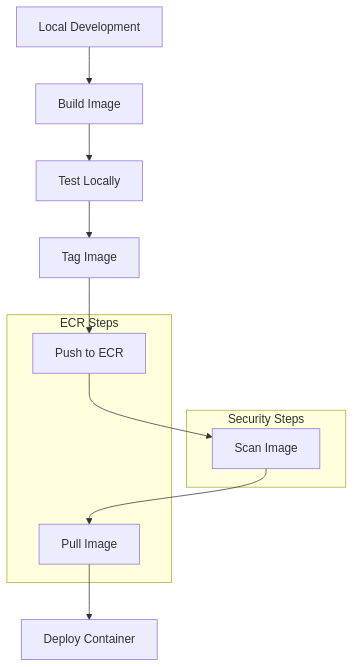
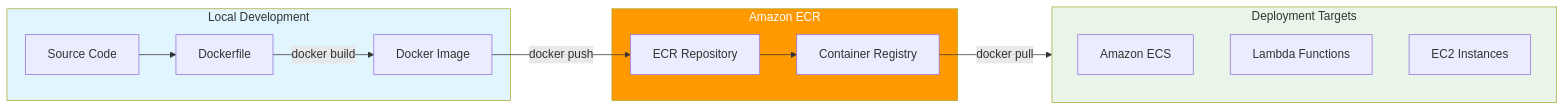
One commit to superluminar-io/aws-modular-workshop changed the diagram in docs/labs/lab_240_ecr_docker_basics/0_intro.md. Above: the diagram before and after it, drawn with Mermaid. The commit also changed other lines of this file and 36 other files, not shown here.

````diff
--- a/docs/labs/lab_240_ecr_docker_basics/0_intro.md
+++ b/docs/labs/lab_240_ecr_docker_basics/0_intro.md
@@ -189,19 +9,29 @@
 ```mermaid
-flowchart TD
-    A[Local Development] --> B[Build Image]
-    B --> C[Test Locally]
-    C --> D[Tag Image]
-    D --> E[Push to ECR]
-    E --> F[Scan Image]
-    F --> G[Pull Image]
-    G --> H[Deploy Container]
-
-    subgraph Security["Security Steps"]
-        F
+flowchart LR
+    subgraph Local["Local Development"]
+        Code[Source Code]
+        Dockerfile[Dockerfile]
+        Image[Docker Image]
     end
 
-    subgraph ECR["ECR Steps"]
-        E
-        G
+    subgraph ECR["Amazon ECR"]
+        Repo[ECR Repository]
+        Registry[Container Registry]
     end
+
+    subgraph Deploy["Deployment Targets"]
+        ECS[Amazon ECS]
+        Lambda[Lambda Functions]
+        EC2[EC2 Instances]
+    end
+
+    Code --> Dockerfile
+    Dockerfile -->|docker build| Image
+    Image -->|docker push| Repo
+    Repo --> Registry
+    Registry -->|docker pull| Deploy
+
+    style Local fill:#e1f5fe
+    style ECR fill:#ff9900,color:#fff
+    style Deploy fill:#e8f5e8
 ```
````
